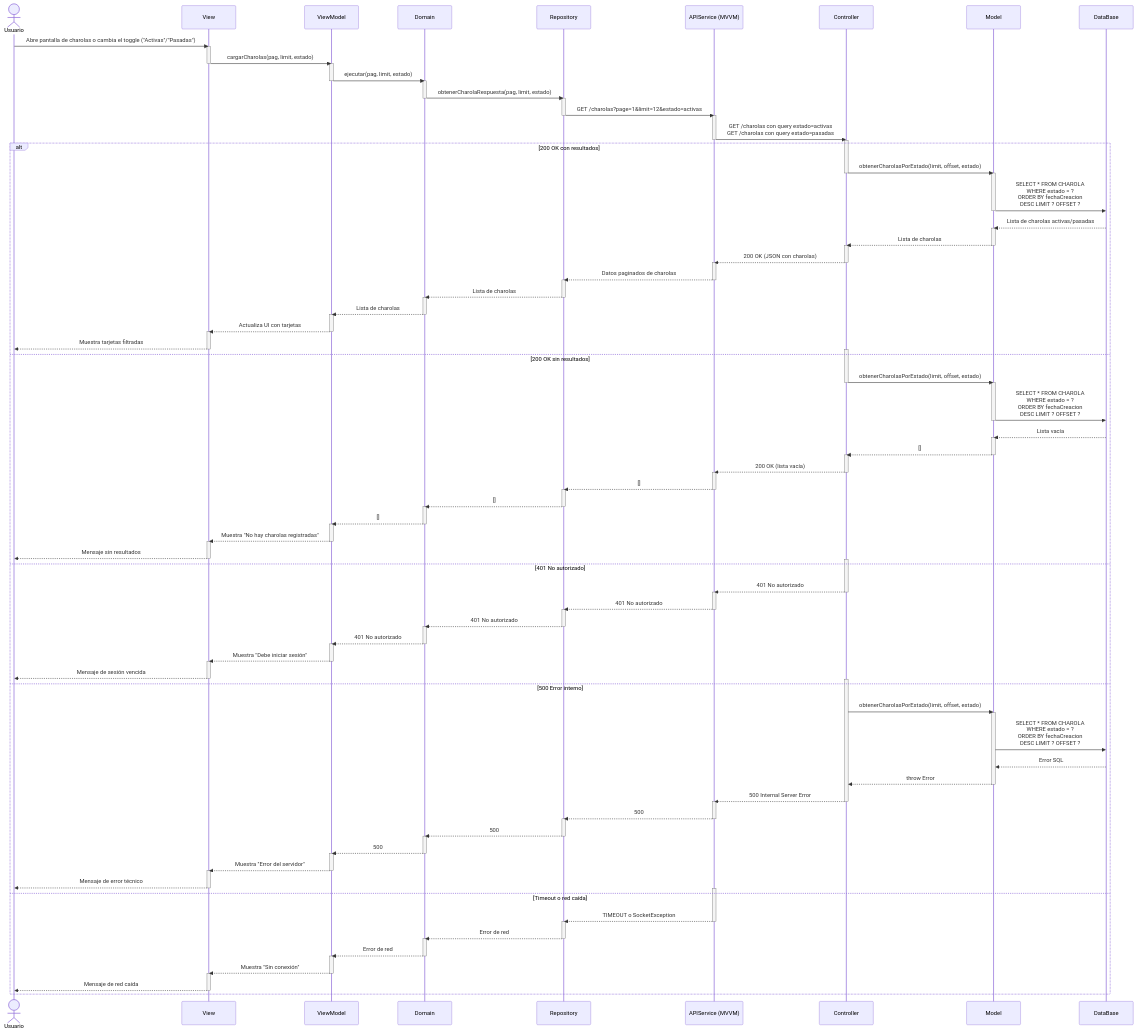
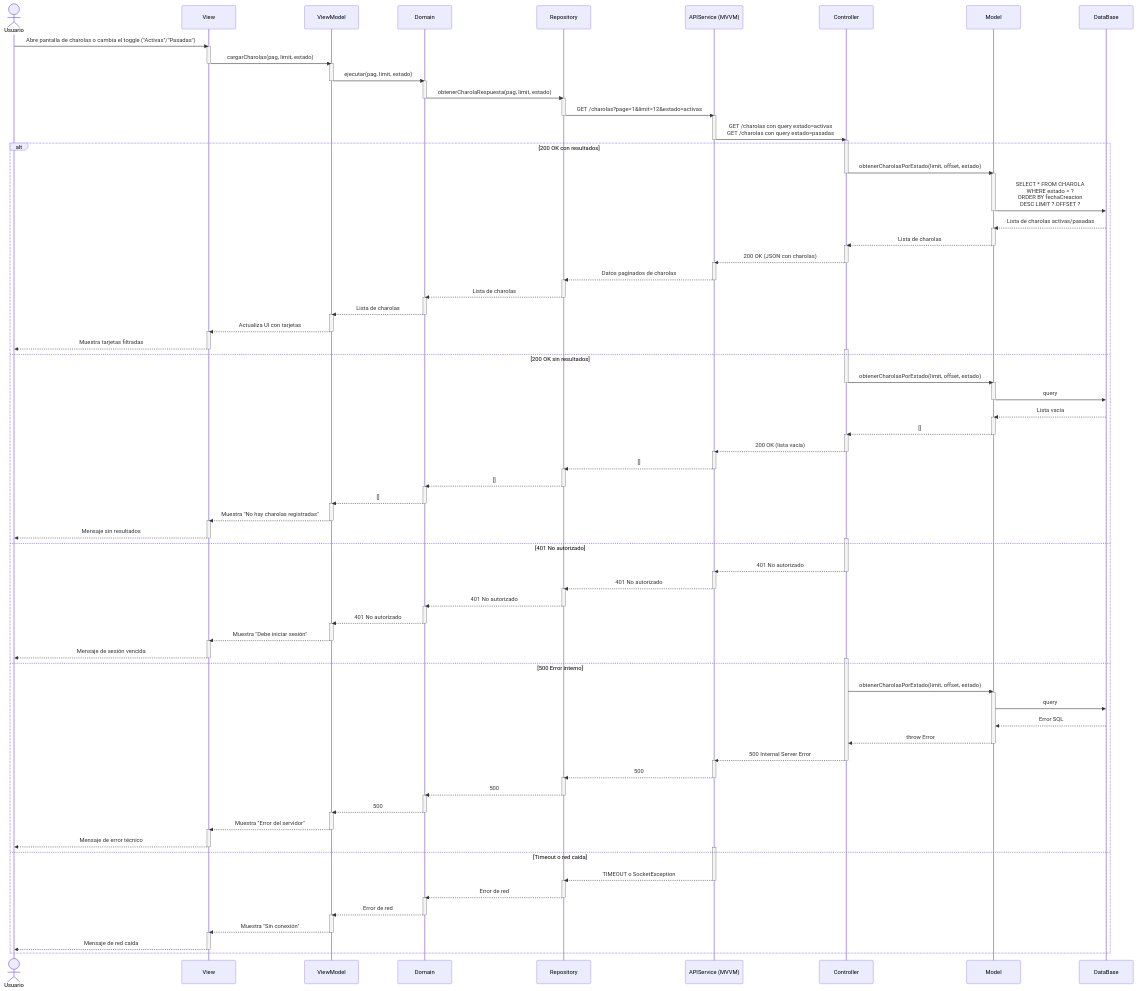
One commit to CodeAnd-Co/Documentacion changed the diagram in documentation/docs/proyectos/larvas/documentacion/requisitos/RF21.md. Above: the diagram before and after it, drawn with Mermaid. The commit also changed 2 other files, not shown here.

Commit message:
Corregir diagramas de secuencia

```diff
--- a/documentation/docs/proyectos/larvas/documentacion/requisitos/RF21.md
+++ b/documentation/docs/proyectos/larvas/documentacion/requisitos/RF21.md
@@ -98,7 +98,7 @@
         deactivate Controller
 
         activate Model
-        Model->>DB: SELECT * FROM CHAROLA <br>WHERE estado = ?<br> ORDER BY fechaCreacion <br>DESC LIMIT ? OFFSET ?
+        Model->>DB: query
         deactivate Model
 
         DB-->>Model: Lista vacía
@@ -163,7 +163,7 @@
         Controller->>Model: obtenerCharolasPorEstado(limit, offset, estado)
 
         activate Model
-        Model->>DB: SELECT * FROM CHAROLA <br>WHERE estado = ?<br> ORDER BY fechaCreacion <br>DESC LIMIT ? OFFSET ?
+        Model->>DB: query
 
         DB-->>Model: Error SQL
 
```
